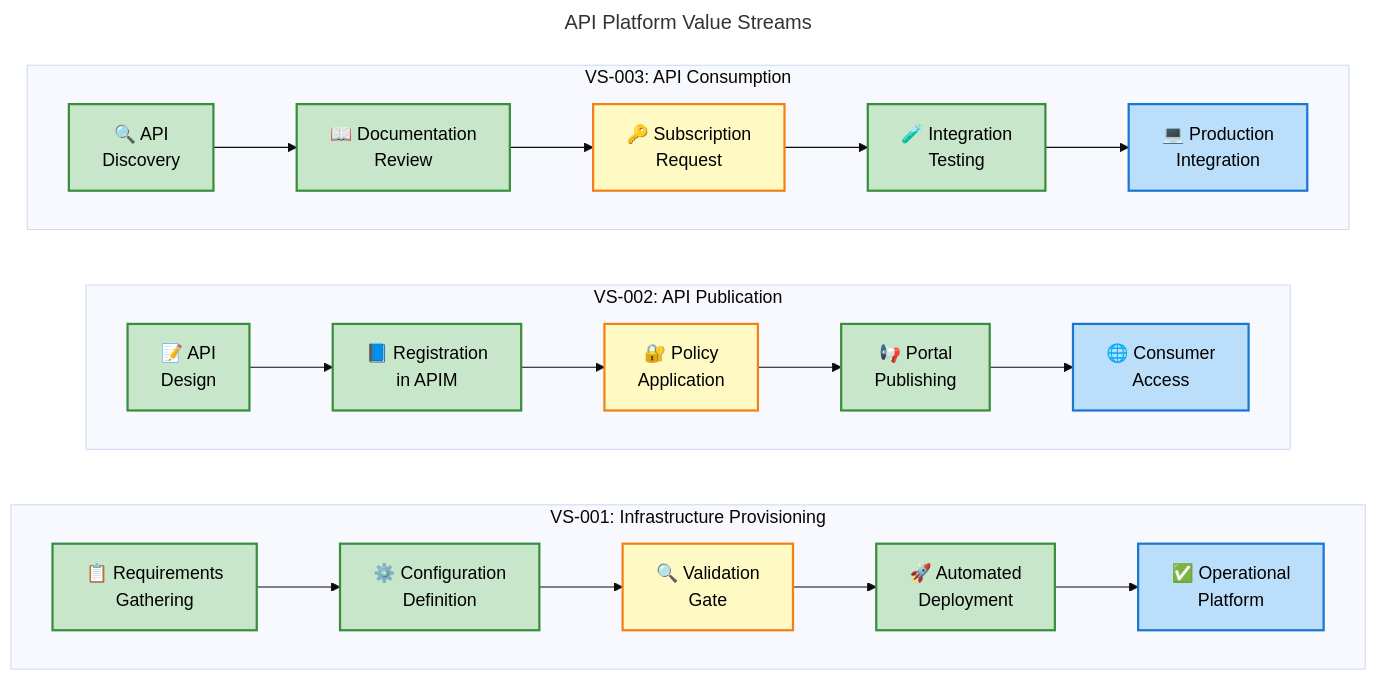
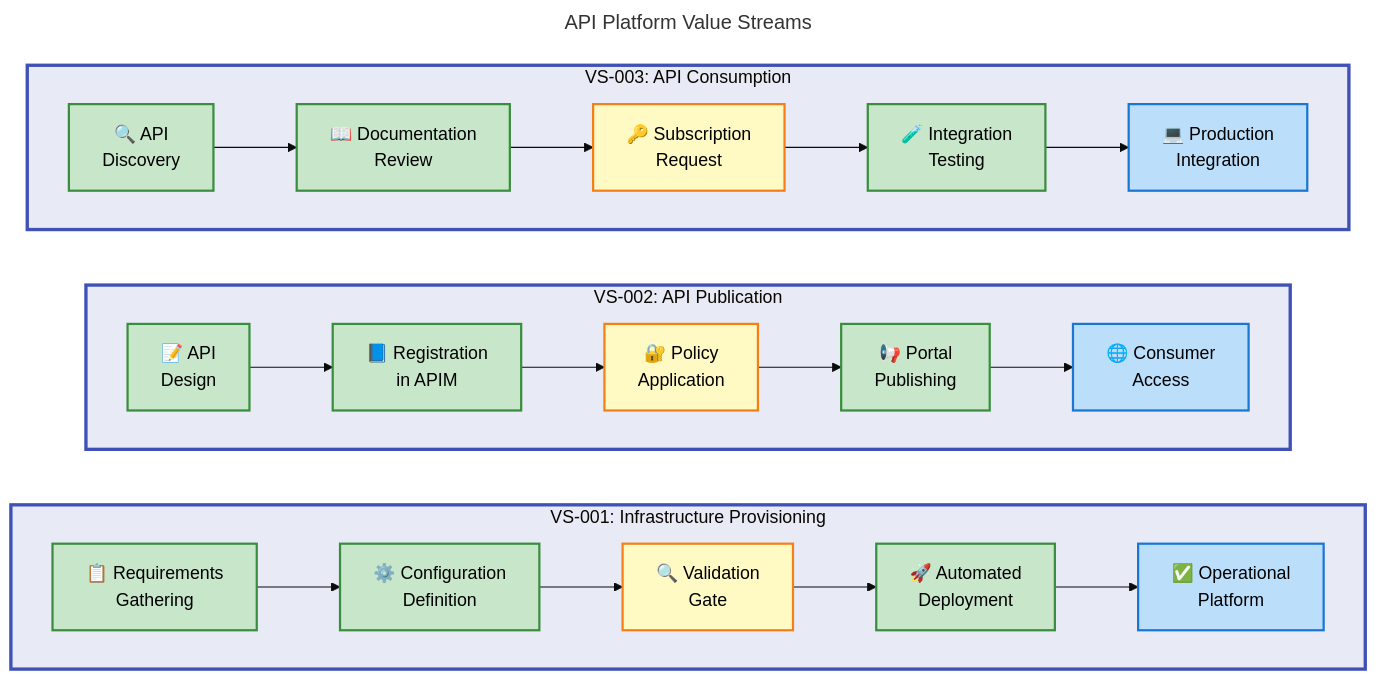
One commit to Evilazaro/APIM-Accelerator changed the third of 7 diagrams in docs/architecture/Business_Architecture_Document.md. Above: the diagram before and after it, drawn with Mermaid. The commit also changed other lines of this file, not shown here.

Commit message:
Enhance Business Architecture Document with additional mindmap and flowchart styling for improved clarity and visual representation of business capabilities and processes

````diff
--- a/docs/architecture/Business_Architecture_Document.md
+++ b/docs/architecture/Business_Architecture_Document.md
@@ -187,49 +189,56 @@
 ```mermaid
 ---
 title: API Platform Value Streams
 config:
   theme: base
   flowchart:
     htmlLabels: false
 ---
 flowchart LR
     accTitle: APIM Accelerator Value Streams
     accDescr: Shows the three primary value streams enabled by the platform
 
     classDef vsStage fill:#C8E6C9,stroke:#388E3C,stroke-width:2px,color:#000
     classDef vsGate fill:#FFF9C4,stroke:#F57F17,stroke-width:2px,color:#000
     classDef vsEnd fill:#BBDEFB,stroke:#1976D2,stroke-width:2px,color:#000
 
     subgraph vs1["VS-001: Infrastructure Provisioning"]
         direction LR
         vs1_1["📋 Requirements<br/>Gathering"]:::vsStage
         vs1_2["⚙️ Configuration<br/>Definition"]:::vsStage
         vs1_3["🔍 Validation<br/>Gate"]:::vsGate
         vs1_4["🚀 Automated<br/>Deployment"]:::vsStage
         vs1_5["✅ Operational<br/>Platform"]:::vsEnd
 
         vs1_1 --> vs1_2 --> vs1_3 --> vs1_4 --> vs1_5
     end
 
     subgraph vs2["VS-002: API Publication"]
         direction LR
         vs2_1["📝 API<br/>Design"]:::vsStage
         vs2_2["📘 Registration<br/>in APIM"]:::vsStage
         vs2_3["🔐 Policy<br/>Application"]:::vsGate
         vs2_4["📢 Portal<br/>Publishing"]:::vsStage
         vs2_5["🌐 Consumer<br/>Access"]:::vsEnd
 
         vs2_1 --> vs2_2 --> vs2_3 --> vs2_4 --> vs2_5
     end
 
     subgraph vs3["VS-003: API Consumption"]
         direction LR
         vs3_1["🔍 API<br/>Discovery"]:::vsStage
         vs3_2["📖 Documentation<br/>Review"]:::vsStage
         vs3_3["🔑 Subscription<br/>Request"]:::vsGate
         vs3_4["🧪 Integration<br/>Testing"]:::vsStage
         vs3_5["💻 Production<br/>Integration"]:::vsEnd
 
         vs3_1 --> vs3_2 --> vs3_3 --> vs3_4 --> vs3_5
     end
+
+    %% ============================================
+    %% SUBGRAPH STYLING (MRM-S001 compliant)
+    %% ============================================
+    style vs1 fill:#E8EAF6,stroke:#3F51B5,stroke-width:3px
+    style vs2 fill:#E8EAF6,stroke:#3F51B5,stroke-width:3px
+    style vs3 fill:#E8EAF6,stroke:#3F51B5,stroke-width:3px
 ```
````
